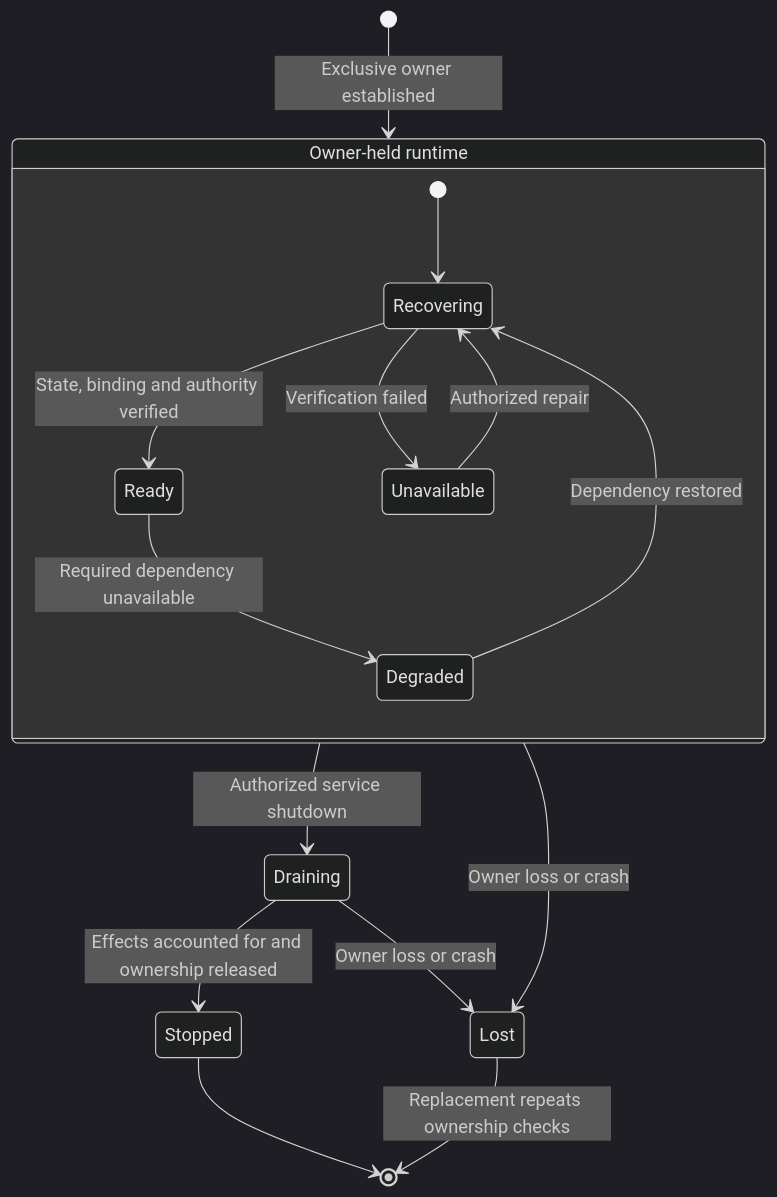
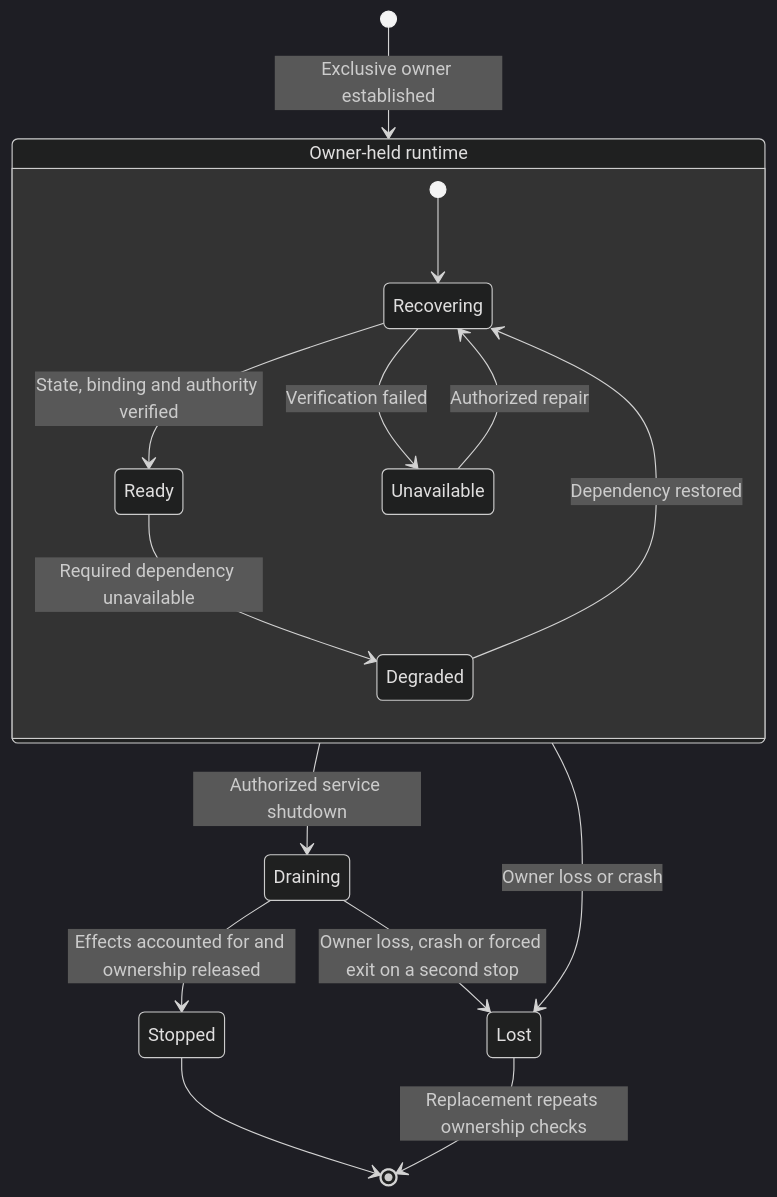
The seventh of 7 diagrams in docs/designs/runtime-architecture.md (pidster/asura), drawn with Mermaid (dark theme) before and after one commit. The commit also changed other lines of this file and 39 other files, not shown here.

````diff
--- a/docs/designs/runtime-architecture.md
+++ b/docs/designs/runtime-architecture.md
@@ -288,18 +288,18 @@
 ```mermaid
 stateDiagram-v2
     [*] --> Owned: Exclusive owner established
     state "Owner-held runtime" as Owned {
         [*] --> Recovering
         Recovering --> Ready: State, binding and authority verified
         Recovering --> Unavailable: Verification failed
         Ready --> Degraded: Required dependency unavailable
         Degraded --> Recovering: Dependency restored
         Unavailable --> Recovering: Authorized repair
     }
     Owned --> Draining: Authorized service shutdown
     Owned --> Lost: Owner loss or crash
     Draining --> Stopped: Effects accounted for and ownership released
-    Draining --> Lost: Owner loss or crash
+    Draining --> Lost: Owner loss, crash or forced exit on a second stop
     Lost --> [*]: Replacement repeats ownership checks
     Stopped --> [*]
 ```
````
